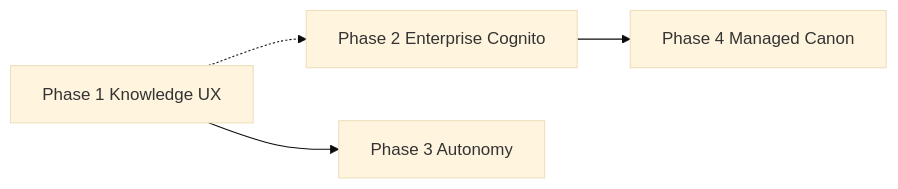
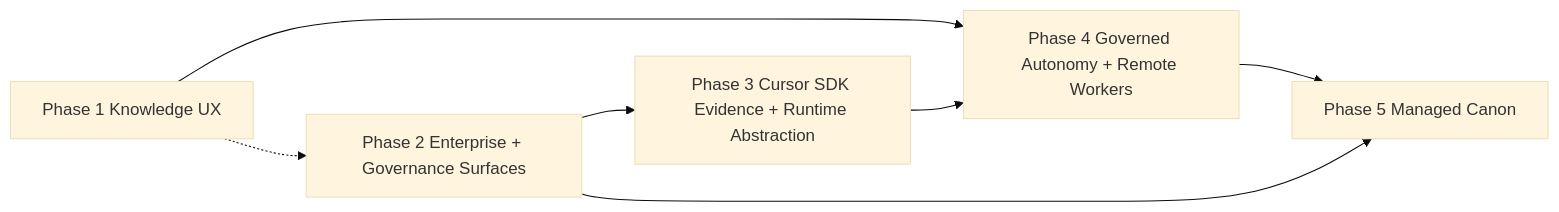
One commit to CanonSystems/canon-systems changed the diagram in docs/CANON-PRIORITIZED-ROADMAP-2026.md. Above: the diagram before and after it, drawn with Mermaid (base theme). The commit also changed other lines of this file and 15 other files, not shown here.

Commit message:
docs: document Cursor SDK validation and product roadmap

````diff
--- a/docs/CANON-PRIORITIZED-ROADMAP-2026.md
+++ b/docs/CANON-PRIORITIZED-ROADMAP-2026.md
@@ -24,10 +82,14 @@
 ```mermaid
 flowchart LR
   P1[Phase 1 Knowledge UX]
-  P2[Phase 2 Enterprise Cognito]
-  P3[Phase 3 Autonomy]
-  P4[Phase 4 Managed Canon]
-  P1 --> P3
-  P2 --> P4
+  P2[Phase 2 Enterprise + Governance Surfaces]
+  P3[Phase 3 Cursor SDK Evidence + Runtime Abstraction]
+  P4[Phase 4 Governed Autonomy + Remote Workers]
+  P5[Phase 5 Managed Canon]
+  P1 --> P4
+  P2 --> P3
+  P2 --> P5
+  P3 --> P4
+  P4 --> P5
   P1 -.-> P2
 ```
````
